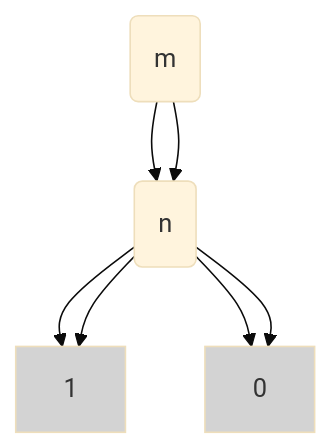
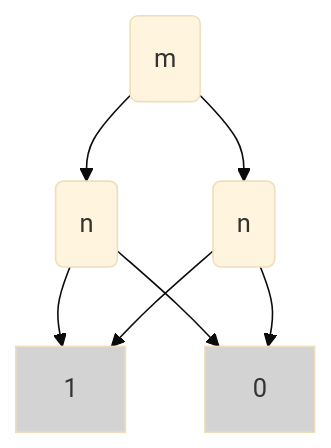
The diagram in samples/expression_bdd_mermaid/xor_mn.md (Alan-Jowett/dagir), drawn with Mermaid (base theme) before and after one commit. The commit also changed 86 other files, not shown here.

````diff
--- a/samples/expression_bdd_mermaid/xor_mn.md
+++ b/samples/expression_bdd_mermaid/xor_mn.md
@@ -1,16 +1,16 @@
 ```mermaid
 graph TB
-  m("m")
-  n("n")
-  n("n")
-  node4["1"]
-  style node4 fill:lightgray
-  node5["0"]
-  style node5 fill:lightgray
-  m --> n
-  m --> n
-  n --> node4
-  n --> node4
-  n --> node5
-  n --> node5
+  node000("m")
+  node001("n")
+  node002("n")
+  node003["1"]
+  style node003 fill:lightgray
+  node004["0"]
+  style node004 fill:lightgray
+  node000 --> node001
+  node000 --> node002
+  node001 --> node003
+  node001 --> node004
+  node002 --> node003
+  node002 --> node004
 ```
````
